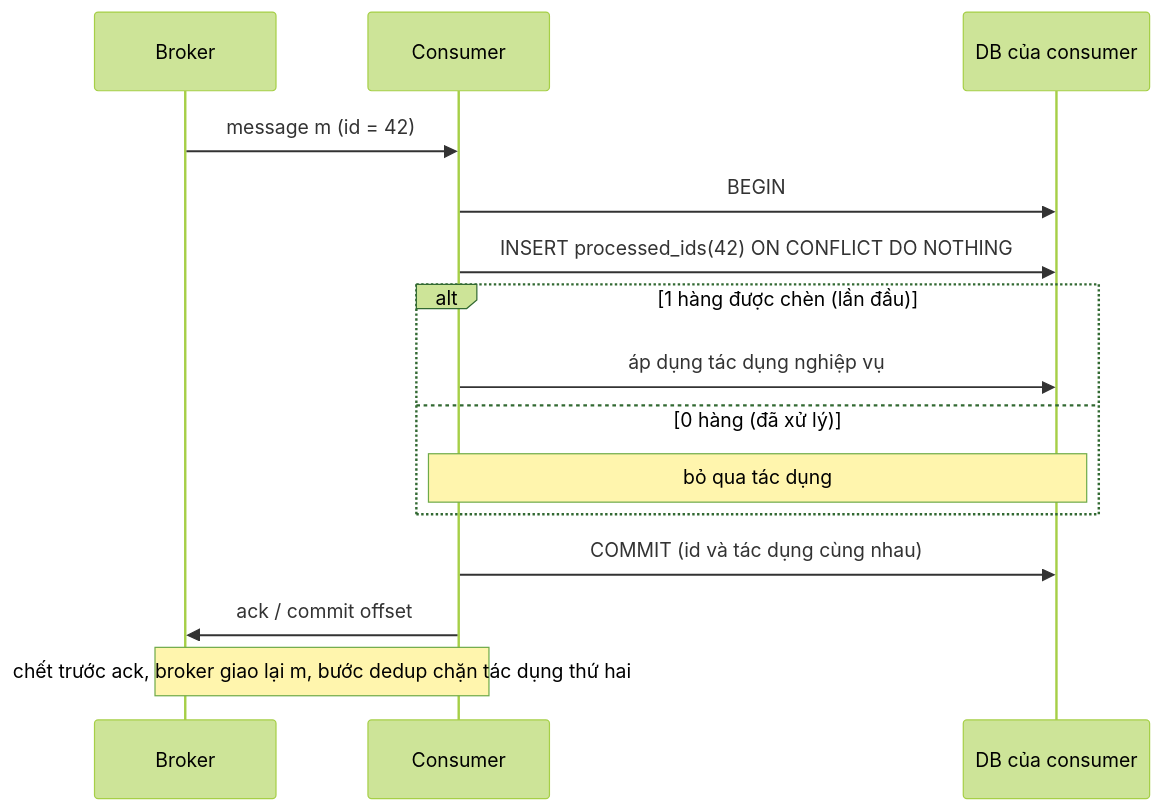
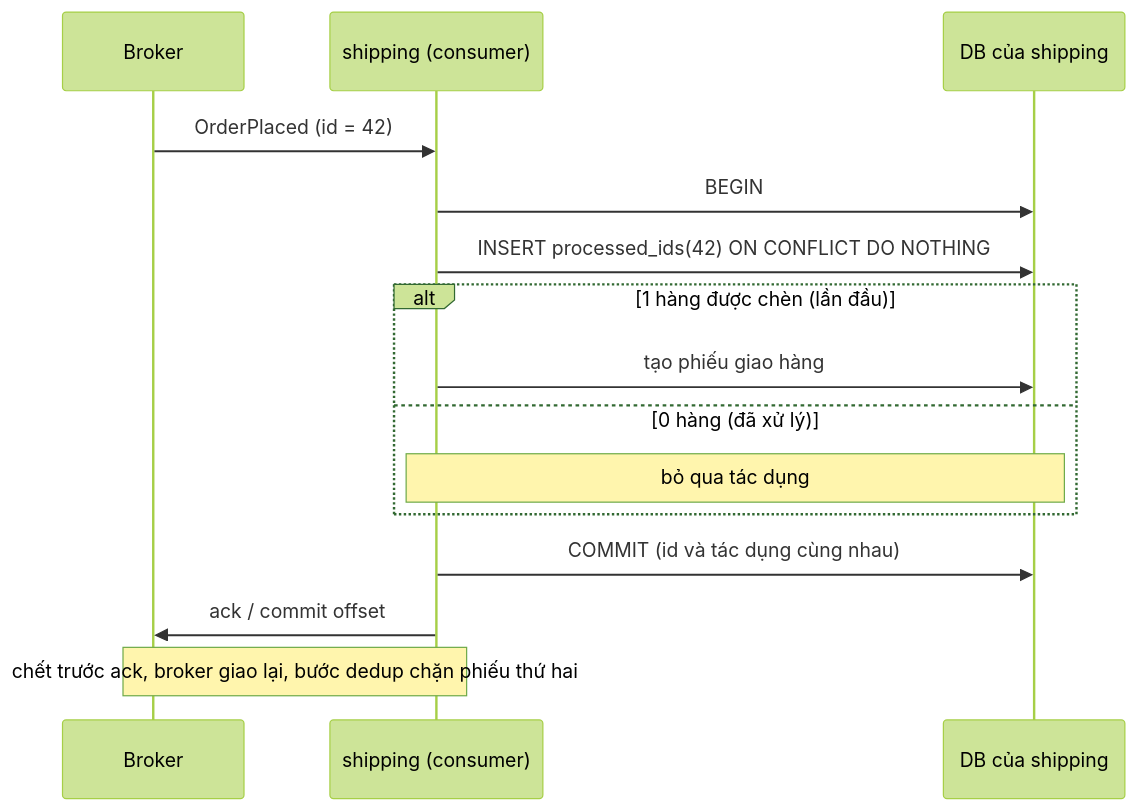
One commit to pirumu/irust changed the fourth of 5 diagrams in docs/12-he-thong-du-lieu/12-dung-dan-va-tich-hop-du-lieu.md. Above: the diagram before and after it, drawn with Mermaid (forest theme). The commit also changed other lines of this file and 27 other files, not shown here.

````diff
--- a/docs/12-he-thong-du-lieu/12-dung-dan-va-tich-hop-du-lieu.md
+++ b/docs/12-he-thong-du-lieu/12-dung-dan-va-tich-hop-du-lieu.md
@@ -268,17 +344,17 @@
 ```mermaid
 sequenceDiagram
   participant B as Broker
-  participant C as Consumer
-  participant DB as DB của consumer
-  B->>C: message m (id = 42)
+  participant C as shipping (consumer)
+  participant DB as DB của shipping
+  B->>C: OrderPlaced (id = 42)
   C->>DB: BEGIN
   C->>DB: INSERT processed_ids(42) ON CONFLICT DO NOTHING
   alt 1 hàng được chèn (lần đầu)
-    C->>DB: áp dụng tác dụng nghiệp vụ
+    C->>DB: tạo phiếu giao hàng
   else 0 hàng (đã xử lý)
     Note over C,DB: bỏ qua tác dụng
   end
   C->>DB: COMMIT (id và tác dụng cùng nhau)
   C->>B: ack / commit offset
-  Note over C,B: chết trước ack, broker giao lại m, bước dedup chặn tác dụng thứ hai
+  Note over C,B: chết trước ack, broker giao lại, bước dedup chặn phiếu thứ hai
 ```
````
